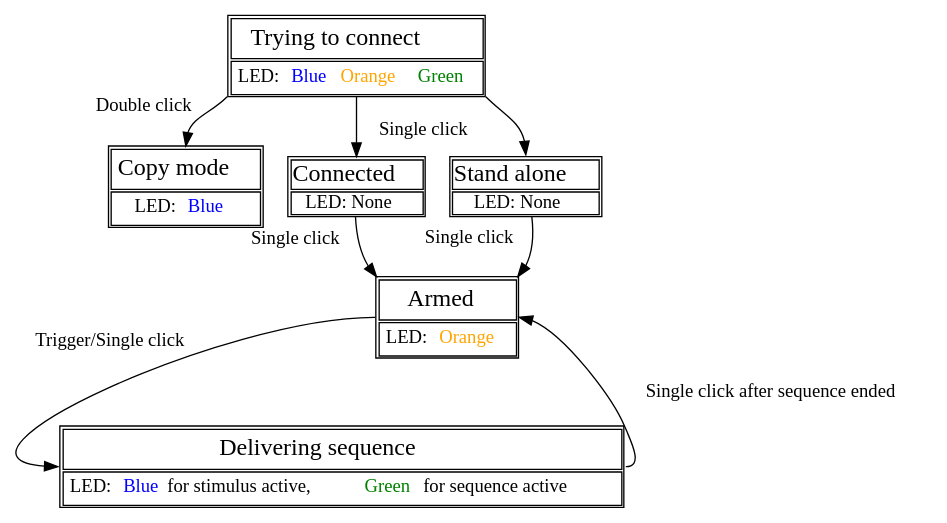
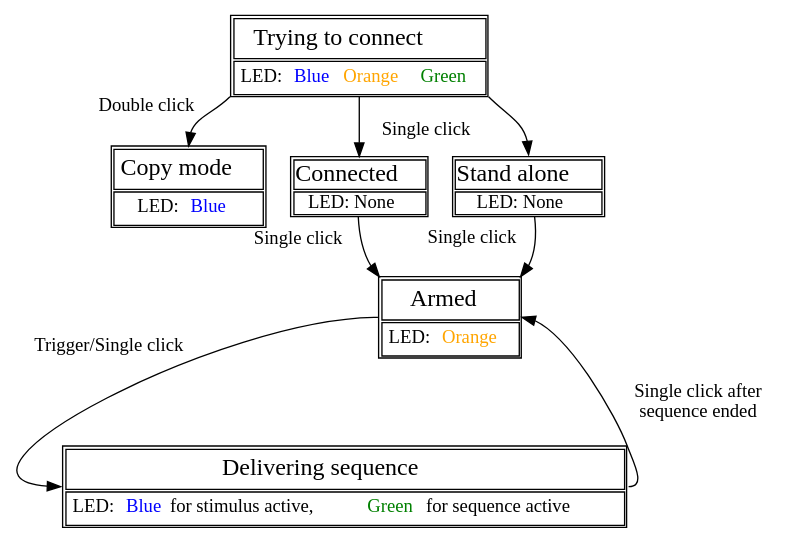
One commit to IBT-FMI/COSplay changed the diagram in documentation/workflow.dot. Above: the diagram before and after it, drawn with Graphviz. The commit also changed 7 other files, not shown here.

```diff
--- a/documentation/workflow.dot
+++ b/documentation/workflow.dot
@@ -1,59 +1,59 @@
 digraph workflow{
 	forcelabels = true;
 	connect [shape=box, margin=0, label = <
 	<TABLE BORDER="0" CELLBORDER="1" CELLPADDING="4">
 		<TR><TD><FONT POINT-SIZE="18">Trying to connect</FONT></TD>
 		</TR>
 		<TR><TD>LED: <FONT COLOR="blue">Blue </FONT><FONT COLOR="orange">Orange </FONT><FONT COLOR="green">Green</FONT></TD>
 		</TR>
 	</TABLE>>];
 
 	copy [shape=box, margin=0, label = <
 	<TABLE BORDER="0" CELLBORDER="1" CELLPADDING="4">
 		<TR><TD><FONT POINT-SIZE="18">Copy mode</FONT></TD>
 		</TR>
 		<TR><TD>LED: <FONT COLOR="blue">Blue </FONT></TD>
 		</TR>
 	</TABLE>>];
 
 	standalone [shape=box, margin=0, label = <
 	<TABLE BORDER="0" CELLBORDER="1" CELLPADDING="0">
 		<TR><TD><FONT POINT-SIZE="18">Stand alone</FONT></TD>
 		</TR>
 		<TR><TD>LED: None</TD>
 		</TR>
 	</TABLE>>];
 
 	connected [shape=box, margin=0, label = <
 	<TABLE BORDER="0" CELLBORDER="1" CELLPADDING="0">
 		<TR><TD><FONT POINT-SIZE="18">Connected</FONT></TD>
 		</TR>
 		<TR><TD>LED: None</TD>
 		</TR>
 	</TABLE>>];
 
 	armed [shape=box, margin=0, label = <
 	<TABLE BORDER="0" CELLBORDER="1" CELLPADDING="4">
 		<TR><TD><FONT POINT-SIZE="18">Armed</FONT></TD>
 		</TR>
 		<TR><TD>LED: <FONT COLOR="orange">Orange</FONT></TD>
 		</TR>
 	</TABLE>>];
 
 	delivering [shape=box, margin=0, label = <
 	<TABLE BORDER="0" CELLBORDER="1" CELLPADDING="4">
 		<TR><TD><FONT POINT-SIZE="18">Delivering sequence</FONT></TD>
 		</TR>
 		<TR><TD>LED: <FONT COLOR="blue">Blue</FONT> for stimulus active, <FONT COLOR="green">Green</FONT> for sequence active</TD>
 		</TR>
 	</TABLE>>];
 
 
 	connect:sw -> copy:n [xlabel ="Double click"];
 	connect -> connected
 	connect:se -> standalone:n [xlabel = "                                          Single click "];
 	standalone -> armed:ne [xlabel = "        Single click"];
 	connected -> armed:nw [xlabel = "Single click  "];
 	armed:w -> delivering:w [xlabel = "Trigger/Single click"];
-	delivering:e -> armed:e [label = "Single click after sequence ended"];
+	delivering:e -> armed:e [label = "Single click after \n sequence ended"];
 }
```
